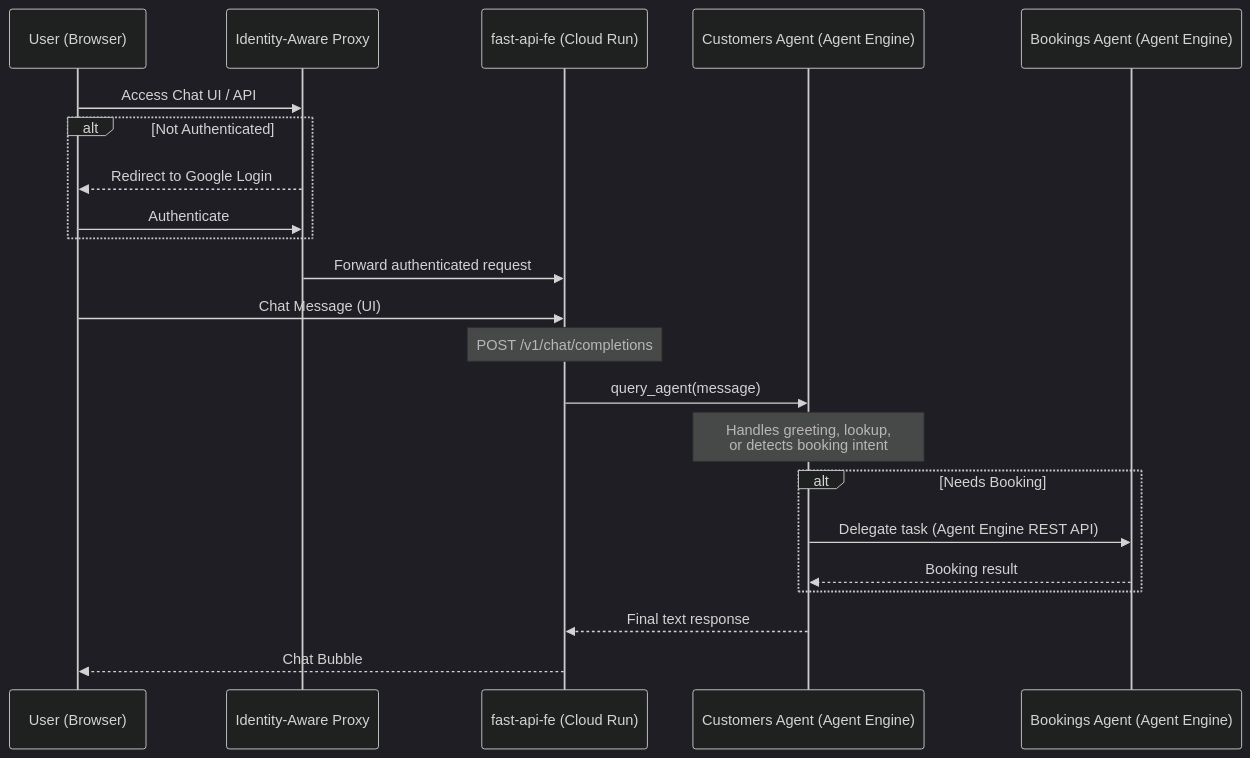
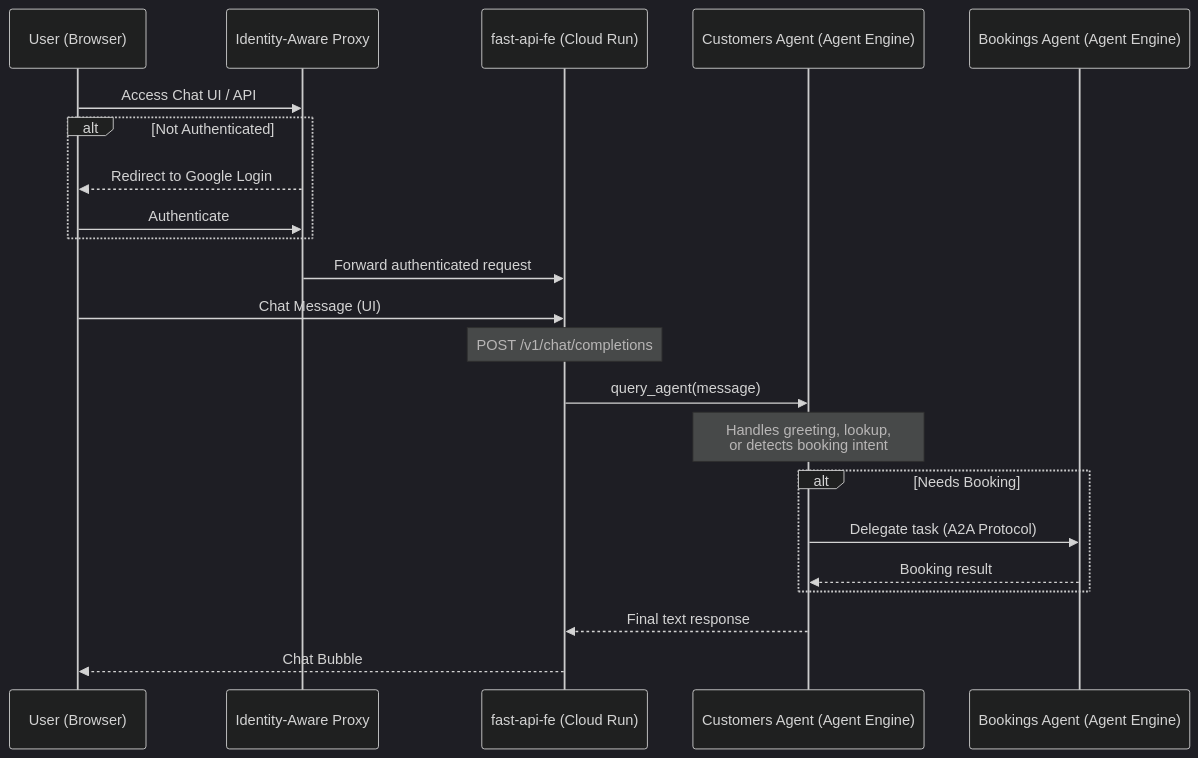
Before and after one commit to ypenn21/customer-booking-agent: the diagram in fast-api-fe/README.md, drawn with Mermaid (dark theme). The commit also changed 1 other file, not shown here.

````diff
--- a/fast-api-fe/README.md
+++ b/fast-api-fe/README.md
@@ -15,28 +15,28 @@
 ```mermaid
 sequenceDiagram
     participant User as User (Browser)
     participant IAP as Identity-Aware Proxy
     participant FastAPI as fast-api-fe (Cloud Run)
     participant CustomersAgent as Customers Agent (Agent Engine)
     participant BookingsAgent as Bookings Agent (Agent Engine)
 
     User->>IAP: Access Chat UI / API
     alt Not Authenticated
         IAP-->>User: Redirect to Google Login
         User->>IAP: Authenticate
     end
     IAP->>FastAPI: Forward authenticated request
 
     User->>FastAPI: Chat Message (UI)
     Note over FastAPI: POST /v1/chat/completions
     FastAPI->>CustomersAgent: query_agent(message)
     Note over CustomersAgent: Handles greeting, lookup,<br/>or detects booking intent
 
     alt Needs Booking
-        CustomersAgent->>BookingsAgent: Delegate task (Agent Engine REST API)
+        CustomersAgent->>BookingsAgent: Delegate task (A2A Protocol)
         BookingsAgent-->>CustomersAgent: Booking result
     end
 
     CustomersAgent-->>FastAPI: Final text response
     FastAPI-->>User: Chat Bubble
 ```
````
